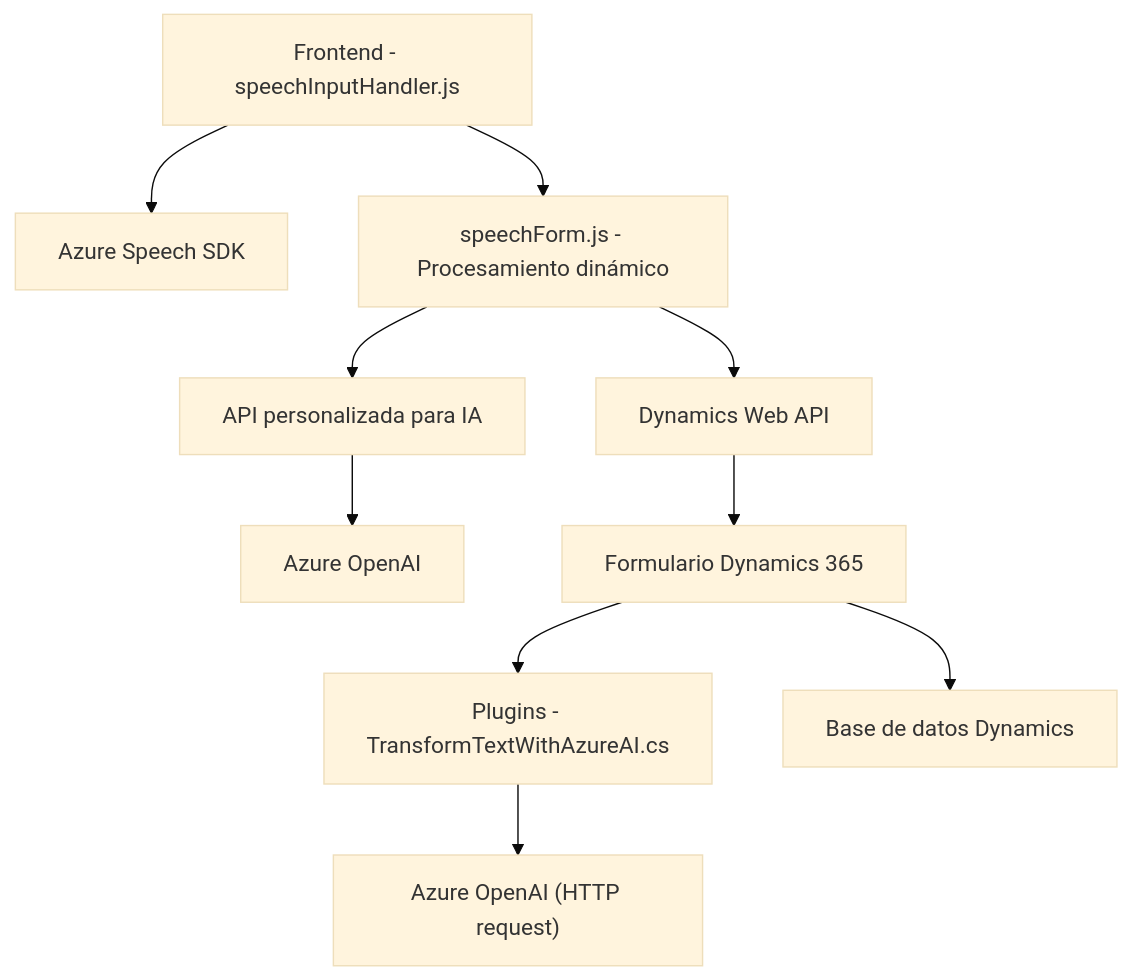
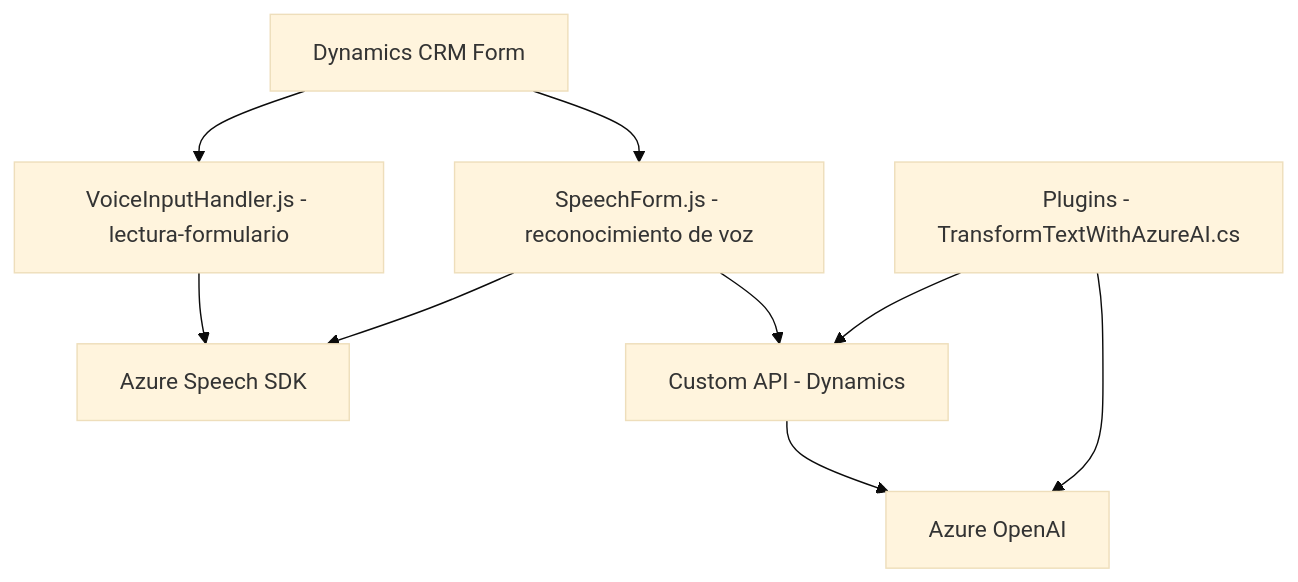
The diagram in README.md (blopezdm/NETCORE_BILBAO2025), drawn with Mermaid (base theme) before and after one commit. The commit also changed other lines of this file, not shown here.

````diff
--- a/README.md
+++ b/README.md
@@ -51,12 +57,19 @@
 ```mermaid
 graph TD
-  A["Frontend - speechInputHandler.js"] --> B["Azure Speech SDK"]
-  A --> C["speechForm.js - Procesamiento dinámico"]
-  C --> D["API personalizada para IA"]
-  D --> E["Azure OpenAI"]
-  C --> F["Dynamics Web API"]
-  F --> G["Formulario Dynamics 365"]
-  G --> H["Plugins - TransformTextWithAzureAI.cs"]
-  H --> I["Azure OpenAI (HTTP request)"]
-  G --> J["Base de datos Dynamics"]
+  A["Dynamics CRM Form"]
+  B["VoiceInputHandler.js - lectura-formulario"]
+  C["SpeechForm.js - reconocimiento de voz"]
+  D["Azure Speech SDK"]
+  E["Custom API - Dynamics"]
+  F["Azure OpenAI"]
+  G["Plugins - TransformTextWithAzureAI.cs"]
+
+  A --> B
+  A --> C
+  B --> D
+  C --> D
+  C --> E
+  E --> F
+  G --> E
+  G --> F
 ```
````
